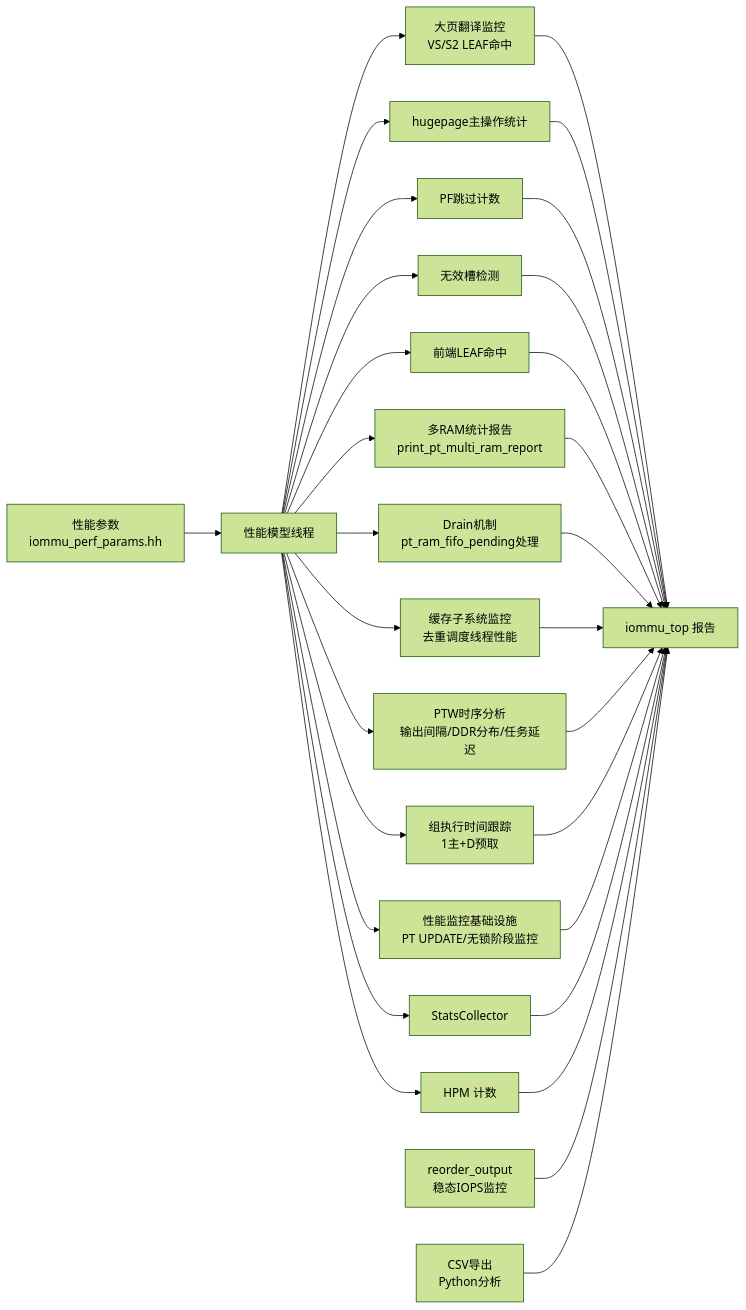
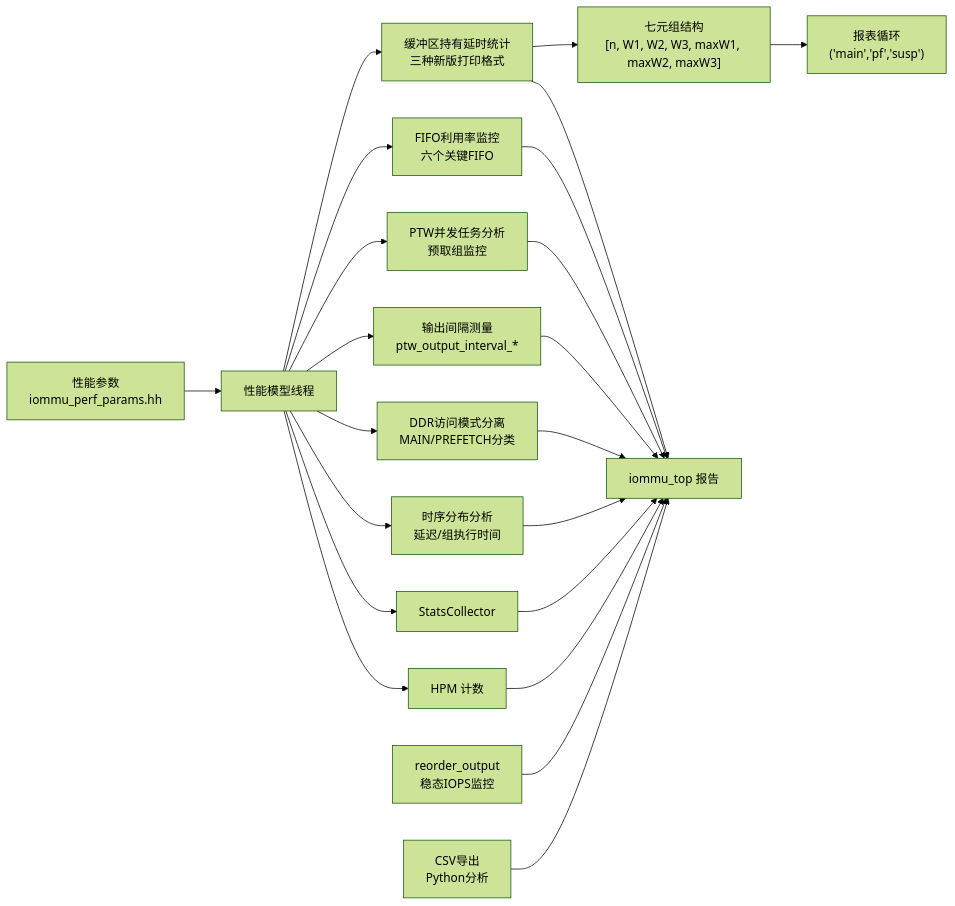
Before and after one commit to jiangjiang1122/iommu_model_20260401_v1: diagram 12 of 12 in .qoder/repowiki/zh/content/性能模型/性能指标与统计.md, drawn with Mermaid (forest theme). The commit also changed other lines of this file and 55 other files, not shown here.

First line of the commit message:
perf(iommu): 去重单元机制v2全场景落地 严格优先仲裁UPD>INS>REQ + UPDATE可变原子段

````diff
--- a/.qoder/repowiki/zh/content/性能模型/性能指标与统计.md
+++ b/.qoder/repowiki/zh/content/性能模型/性能指标与统计.md
@@ -710,32 +672,24 @@
 ```mermaid
 graph LR
 Params["性能参数<br/>iommu_perf_params.hh"] --> PerfModel["性能模型线程"]
 PerfModel --> Stats["StatsCollector"]
-PerfModel --> LeafHit["大页翻译监控<br/>VS/S2 LEAF命中"]
-PerfModel --> HugePage["hugepage主操作统计"]
-PerfModel --> PFSkip["PF跳过计数"]
-PerfModel --> InvalidSlot["无效槽检测"]
-PerfModel --> FrontLeaf["前端LEAF命中"]
-PerfModel --> MultiRAM["多RAM统计报告<br/>print_pt_multi_ram_report"]
-PerfModel --> Drain["Drain机制<br/>pt_ram_fifo_pending处理"]
-PerfModel --> DedupMon["缓存子系统监控<br/>去重调度线程性能"]
-PerfModel --> PTWTiming["PTW时序分析<br/>输出间隔/DDR分布/任务延迟"]
-PerfModel --> GroupExec["组执行时间跟踪<br/>1主+D预取"]
-PerfModel --> MonInfra["性能监控基础设施<br/>PT UPDATE/无锁阶段监控"]
+PerfModel --> BufferStats["缓冲区持有延时统计<br/>三种新版打印格式"]
+PerfModel --> FIFOUtil["FIFO利用率监控<br/>六个关键FIFO"]
+PerfModel --> Concurrent["PTW并发任务分析<br/>预取组监控"]
+PerfModel --> OutputInt["输出间隔测量<br/>ptw_output_interval_*"]
+PerfModel --> DDRMode["DDR访问模式分离<br/>MAIN/PREFETCH分类"]
+PerfModel --> Temporal["时序分布分析<br/>延迟/组执行时间"]
 PerfModel --> HPM["HPM 计数"]
-LeafHit --> Top["iommu_top 报告"]
-HugePage --> Top
-PFSkip --> Top
-InvalidSlot --> Top
-FrontLeaf --> Top
-MultiRAM --> Top
-Drain --> Top
-DedupMon --> Top
-PTWTiming --> Top
-GroupExec --> Top
-MonInfra --> Top
+BufferStats --> SevenTuple["七元组结构<br/>[n, W1, W2, W3, maxW1, maxW2, maxW3]"]
+SevenTuple --> ReportLoop["报表循环<br/>('main','pf','susp')"]
+BufferStats --> Top["iommu_top 报告"]
+FIFOUtil --> Top
+Concurrent --> Top
+OutputInt --> Top
+DDRMode --> Top
+Temporal --> Top
 Stats --> Top
 HPM --> Top
 Reorder["reorder_output<br/>稳态IOPS监控"] --> Top
 Export["CSV导出<br/>Python分析"] --> Top
 ```
````
